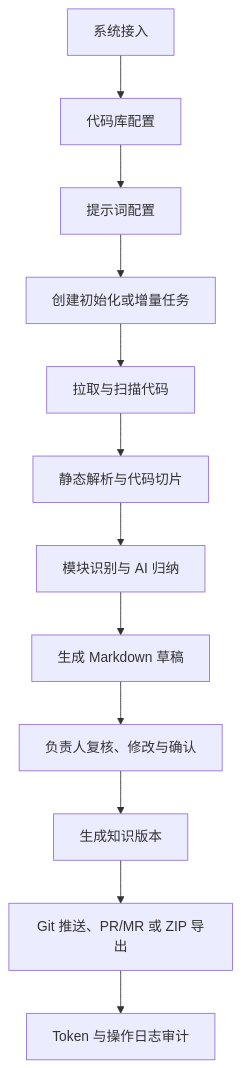
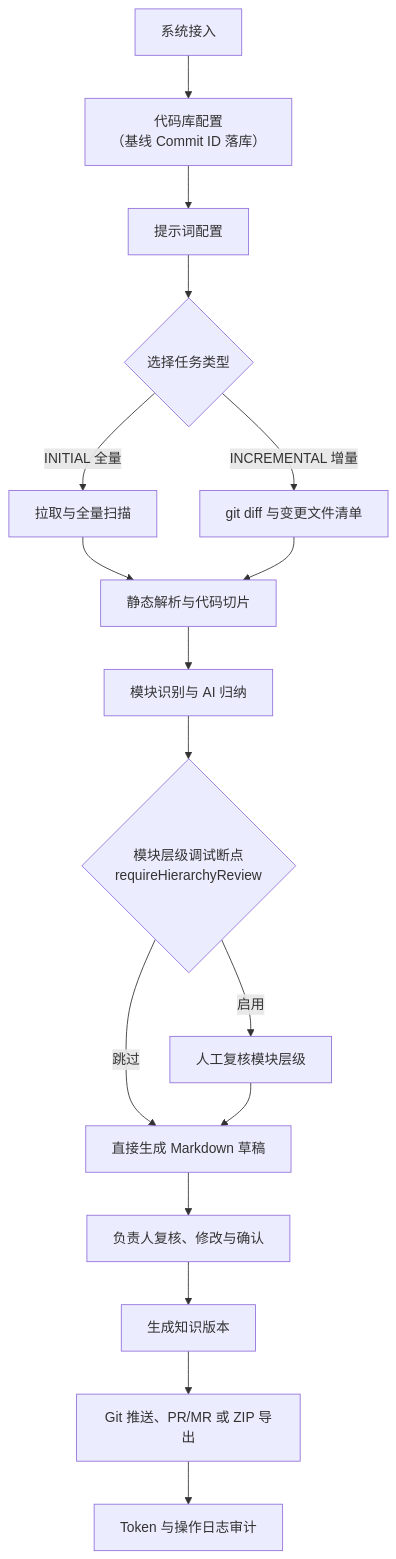
The diagram in README.md (batchen57/CodeInsightPlatform), drawn with Mermaid before and after one commit. The commit also changed other lines of this file and 2 other files, not shown here.

````diff
--- a/README.md
+++ b/README.md
@@ -27,14 +29,19 @@
 ```mermaid
 flowchart TD
-    A["系统接入"] --> B["代码库配置"]
+    A["系统接入"] --> B["代码库配置<br/>（基线 Commit ID 落库）"]
     B --> C["提示词配置"]
-    C --> D["创建初始化或增量任务"]
-    D --> E["拉取与扫描代码"]
+    C --> D{"选择任务类型"}
+    D -- "INITIAL 全量" --> E["拉取与全量扫描"]
+    D -- "INCREMENTAL 增量" --> E2["git diff 与变更文件清单"]
     E --> F["静态解析与代码切片"]
+    E2 --> F
     F --> G["模块识别与 AI 归纳"]
-    G --> H["生成 Markdown 草稿"]
-    H --> I["负责人复核、修改与确认"]
-    I --> J["生成知识版本"]
-    J --> K["Git 推送、PR/MR 或 ZIP 导出"]
-    K --> L["Token 与操作日志审计"]
+    G --> H{"模块层级调试断点<br/>requireHierarchyReview"}
+    H -- "启用" --> I["人工复核模块层级"]
+    H -- "跳过" --> J["直接生成 Markdown 草稿"]
+    I --> J
+    J --> K["负责人复核、修改与确认"]
+    K --> L["生成知识版本"]
+    L --> M["Git 推送、PR/MR 或 ZIP 导出"]
+    M --> N["Token 与操作日志审计"]
 ```
````
